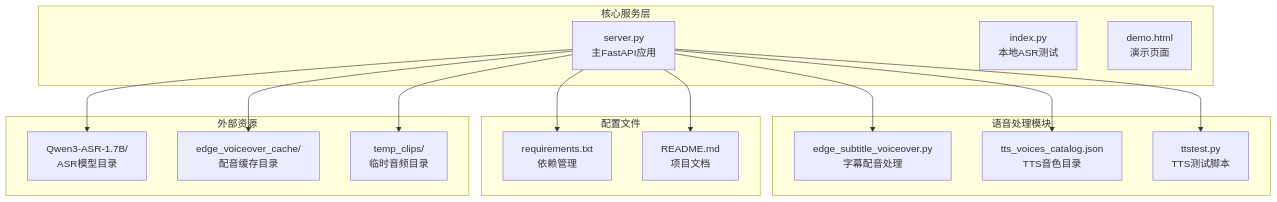
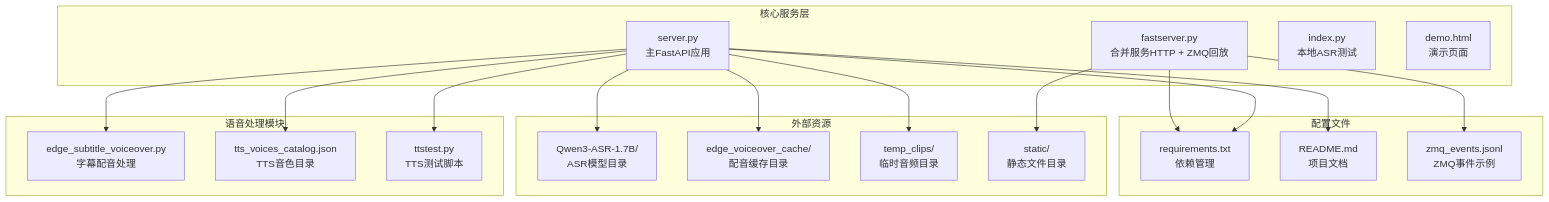
The first of 10 diagrams in .qoder/repowiki/zh/content/后端服务架构/FastAPI服务设计.md (1024dashen/Vue3Speech), drawn with Mermaid before and after one commit. The commit also changed other lines of this file and 15 other files, not shown here.

````diff
--- a/.qoder/repowiki/zh/content/后端服务架构/FastAPI服务设计.md
+++ b/.qoder/repowiki/zh/content/后端服务架构/FastAPI服务设计.md
@@ -36,30 +48,36 @@
 ```mermaid
 graph TB
 subgraph "核心服务层"
 A[server.py<br/>主FastAPI应用]
-B[index.py<br/>本地ASR测试]
-C[demo.html<br/>演示页面]
+B[fastserver.py<br/>合并服务HTTP + ZMQ回放]
+C[index.py<br/>本地ASR测试]
+D[demo.html<br/>演示页面]
 end
 subgraph "语音处理模块"
-D[edge_subtitle_voiceover.py<br/>字幕配音处理]
-E[tts_voices_catalog.json<br/>TTS音色目录]
-F[ttstest.py<br/>TTS测试脚本]
+E[edge_subtitle_voiceover.py<br/>字幕配音处理]
+F[tts_voices_catalog.json<br/>TTS音色目录]
+G[ttstest.py<br/>TTS测试脚本]
 end
 subgraph "配置文件"
-G[requirements.txt<br/>依赖管理]
-H[README.md<br/>项目文档]
+H[requirements.txt<br/>依赖管理]
+I[README.md<br/>项目文档]
+J[zmq_events.jsonl<br/>ZMQ事件示例]
 end
 subgraph "外部资源"
-I[Qwen3-ASR-1.7B/<br/>ASR模型目录]
-J[edge_voiceover_cache/<br/>配音缓存目录]
-K[temp_clips/<br/>临时音频目录]
+K[Qwen3-ASR-1.7B/<br/>ASR模型目录]
+L[edge_voiceover_cache/<br/>配音缓存目录]
+M[temp_clips/<br/>临时音频目录]
+N[static/<br/>静态文件目录]
 end
-A --> D
 A --> E
 A --> F
 A --> G
 A --> H
 A --> I
-A --> J
 A --> K
+A --> L
+A --> M
+B --> N
+B --> J
+B --> H
 ```
````
